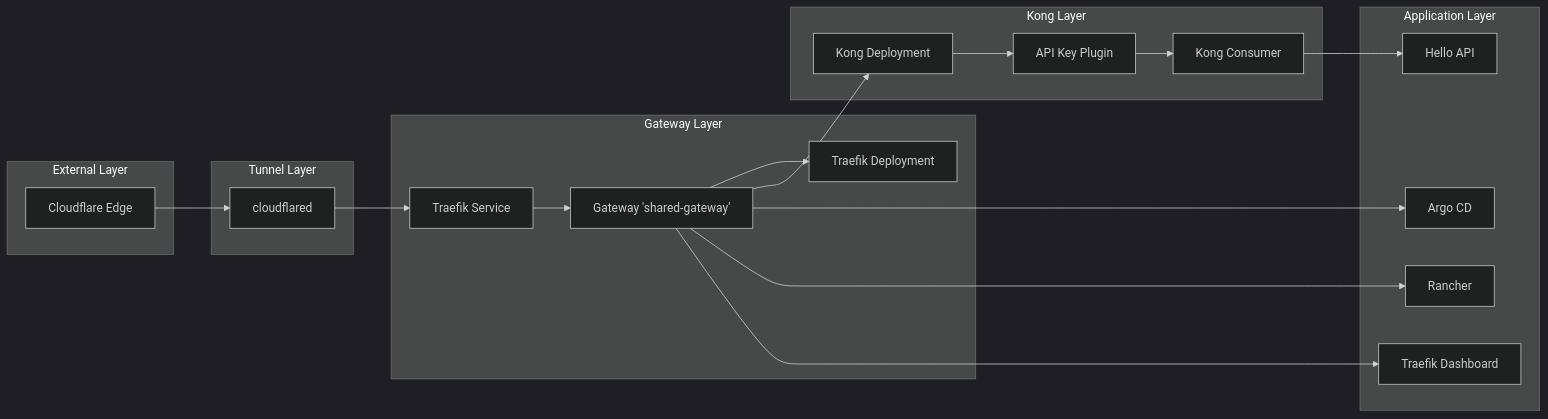
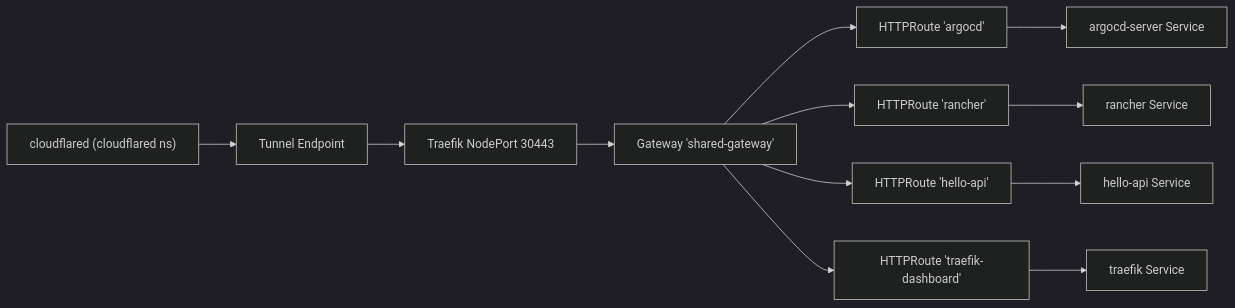
One commit to Hoangvu75/k8s_manifest changed the third of 3 diagrams in .qoder/repowiki/en/content/Architecture and Design/Network Flow and Ingress Architecture.md. Above: the diagram before and after it, drawn with Mermaid (dark theme). The commit also changed other lines of this file and 31 other files, not shown here.

````diff
--- a/.qoder/repowiki/en/content/Architecture and Design/Network Flow and Ingress Architecture.md
+++ b/.qoder/repowiki/en/content/Architecture and Design/Network Flow and Ingress Architecture.md
@@ -254,36 +323,14 @@
 ```mermaid
 graph LR
-subgraph "External Layer"
-CF["Cloudflare Edge"]
-end
-subgraph "Tunnel Layer"
-CF_TUNNEL["cloudflared"]
-end
-subgraph "Gateway Layer"
-GW["Gateway 'shared-gateway'"]
-TRAEFIK["Traefik Deployment"]
-TRAEFIK_SVC["Traefik Service"]
-end
-subgraph "Kong Layer"
-KONG["Kong Deployment"]
-KONG_PLUGIN["API Key Plugin"]
-KONG_CONSUMER["Kong Consumer"]
-end
-subgraph "Application Layer"
-ARGOCD["Argo CD"]
-RANCHER["Rancher"]
-HELLO_API["Hello API"]
-TRAEFIK_DASH["Traefik Dashboard"]
-end
-CF --> CF_TUNNEL
-CF_TUNNEL --> TRAEFIK_SVC
-TRAEFIK_SVC --> GW
-GW --> TRAEFIK
-GW --> KONG
-KONG --> KONG_PLUGIN
-KONG_PLUGIN --> KONG_CONSUMER
-KONG_CONSUMER --> HELLO_API
-GW --> ARGOCD
-GW --> RANCHER
-GW --> TRAEFIK_DASH
+CF["cloudflared (cloudflared ns)"] --> TN["Tunnel Endpoint"]
+TN --> NP["Traefik NodePort 30443"]
+NP --> GW["Gateway 'shared-gateway'"]
+GW --> HC["HTTPRoute 'argocd'"]
+GW --> HR["HTTPRoute 'rancher'"]
+GW --> HA["HTTPRoute 'hello-api'"]
+GW --> HD["HTTPRoute 'traefik-dashboard'"]
+HC --> AS["argocd-server Service"]
+HR --> RS["rancher Service"]
+HA --> HS["hello-api Service"]
+HD --> TS["traefik Service"]
 ```
````
